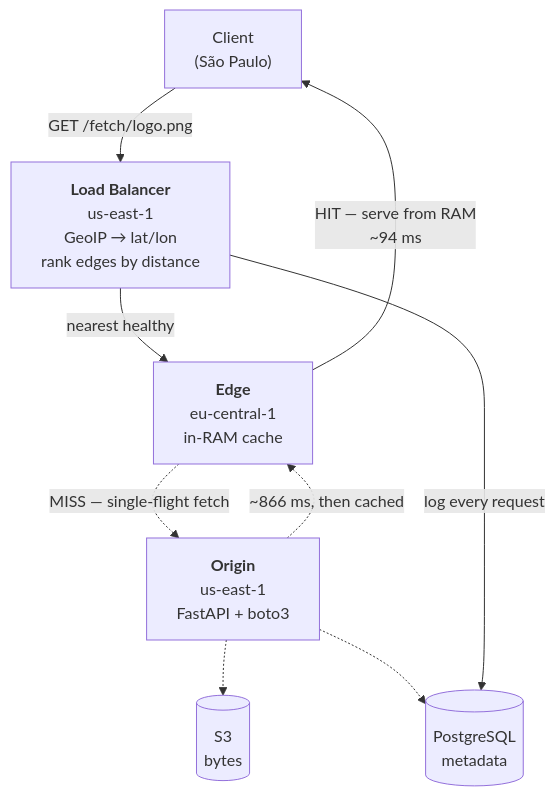
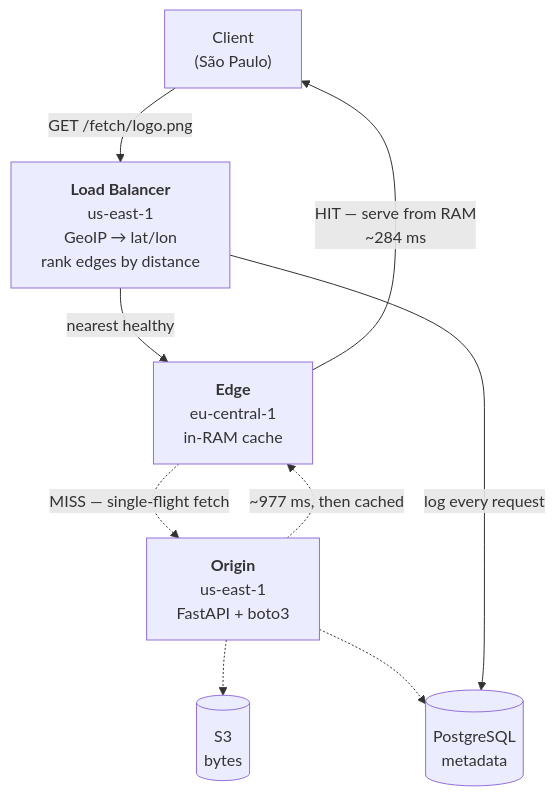
One commit to aryan-2255/Velocity_CDN changed the first of 3 diagrams in README.md. Above: the diagram before and after it, drawn with Mermaid. The commit also changed other lines of this file and 7 other files, not shown here.

````diff
--- a/README.md
+++ b/README.md
@@ -80,12 +86,12 @@
 ```mermaid
 flowchart TD
     C["Client<br/>(São Paulo)"] -->|"GET /fetch/logo.png"| LB
     LB["<b>Load Balancer</b><br/>us-east-1<br/>GeoIP → lat/lon<br/>rank edges by distance"]
     LB -->|"nearest healthy"| E["<b>Edge</b><br/>eu-central-1<br/>in-RAM cache"]
-    E -->|"HIT — serve from RAM<br/>~94 ms"| C
+    E -->|"HIT — serve from RAM<br/>~284 ms"| C
     E -.->|"MISS — single-flight fetch"| O["<b>Origin</b><br/>us-east-1<br/>FastAPI + boto3"]
     O -.-> S3[("S3<br/>bytes")]
     O -.-> PG[("PostgreSQL<br/>metadata")]
-    O -.->|"~866 ms, then cached"| E
+    O -.->|"~977 ms, then cached"| E
     LB -->|"log every request"| PG
 ```
````
